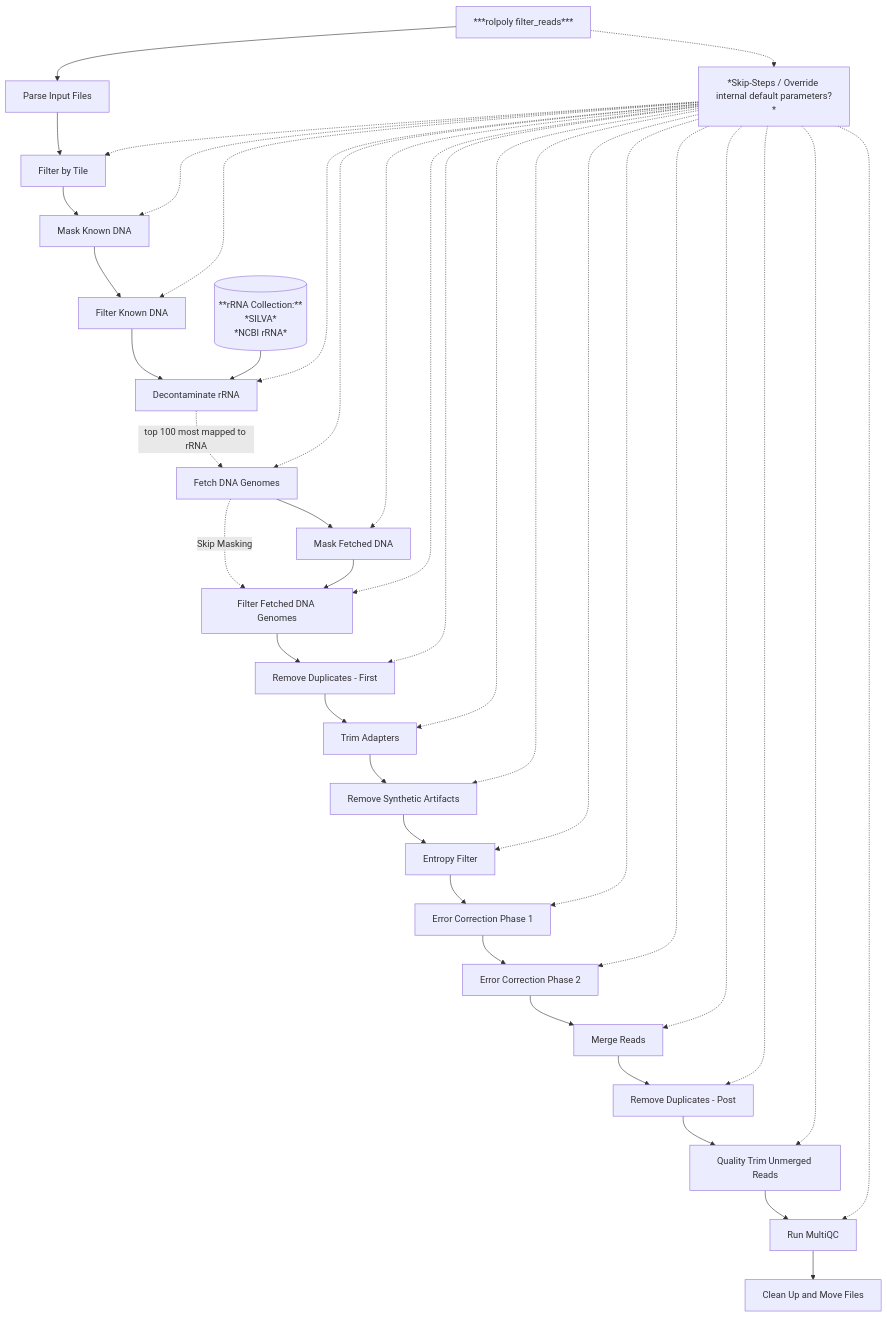
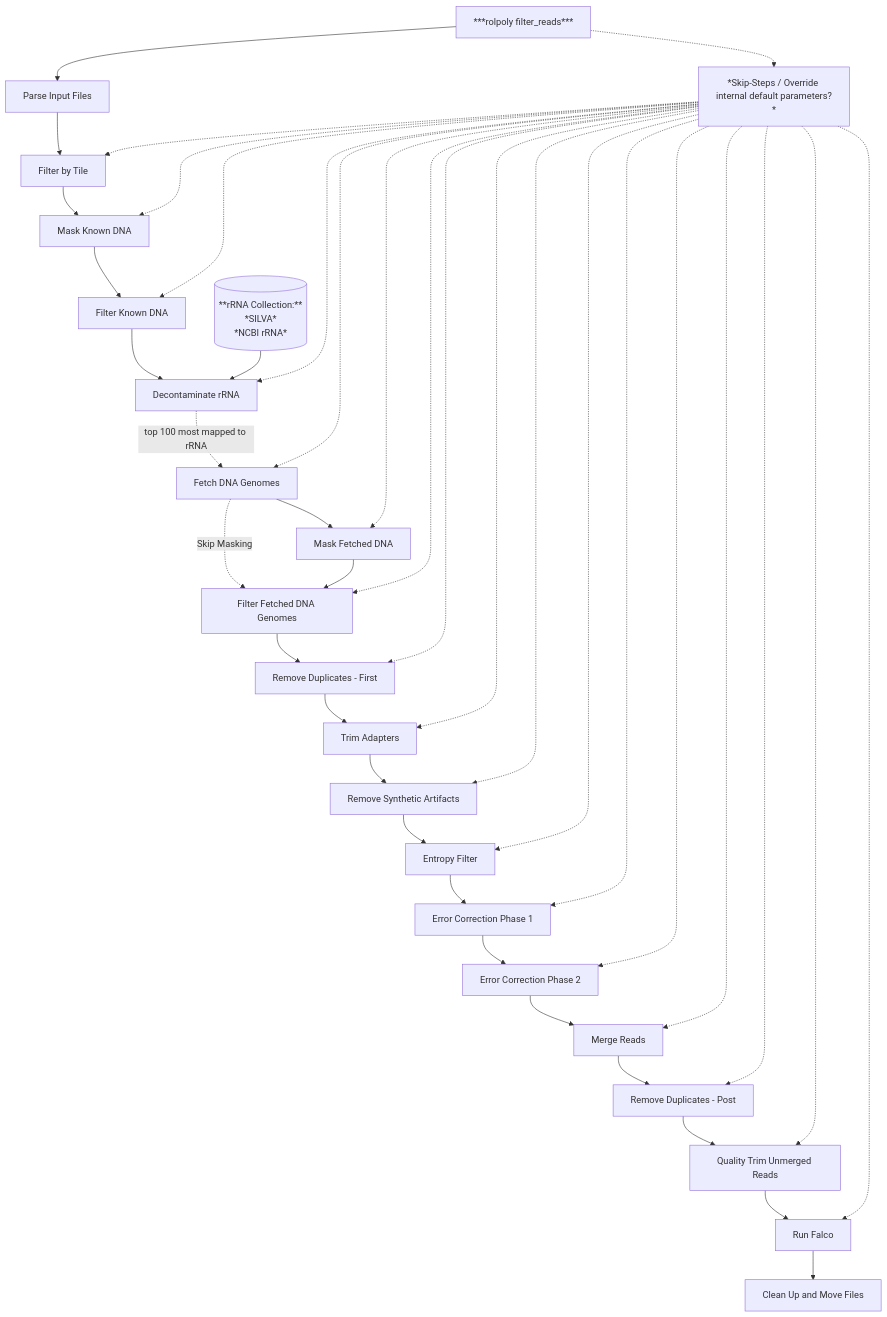
The diagram in docs/mkdocs_docs/commands/read_processing.md (UriNeri/rolypoly), drawn with Mermaid before and after one commit. The commit also changed 7 other files, not shown here.

````diff
--- a/docs/mkdocs_docs/commands/read_processing.md
+++ b/docs/mkdocs_docs/commands/read_processing.md
@@ -98,29 +98,29 @@
 ```mermaid
 graph TD 
     A[***rolpoly filter_reads***] -->B[Parse Input Files] 
     A -.-> W
     B --> C[Filter by Tile]
     C --> D[Mask Known DNA]
     D --> E[Filter Known DNA]
     E --> F[Decontaminate rRNA]
     rrnadvb[(**rRNA Collection:**
      *SILVA*
      *NCBI rRNA*)] --> F
     F -.top 100 most mapped to rRNA.-> G[Fetch DNA Genomes]
     G -.Skip Masking.-> I
     G --> H[Mask Fetched DNA]
     H --> I[Filter Fetched DNA Genomes]
     I --> J[Remove Duplicates - First]
     J --> K[Trim Adapters]
     K --> L[Remove Synthetic Artifacts]
     L --> M[Entropy Filter]
     M --> N[Error Correction Phase 1]
     N --> O[Error Correction Phase 2]
     O --> P[Merge Reads]
     P --> Q[Remove Duplicates - Post]
     Q --> R[Quality Trim Unmerged Reads]
-    R --> S[Run MultiQC]
+    R --> S[Run Falco]
     S --> T[Clean Up and Move Files]
     %% Optional steps
     W[*Skip-Steps / Override internal default parameters?*] .-> C & D & E & F & G & H & I & J & K & L & M & N & O & P & Q & R & S
 ```
````
